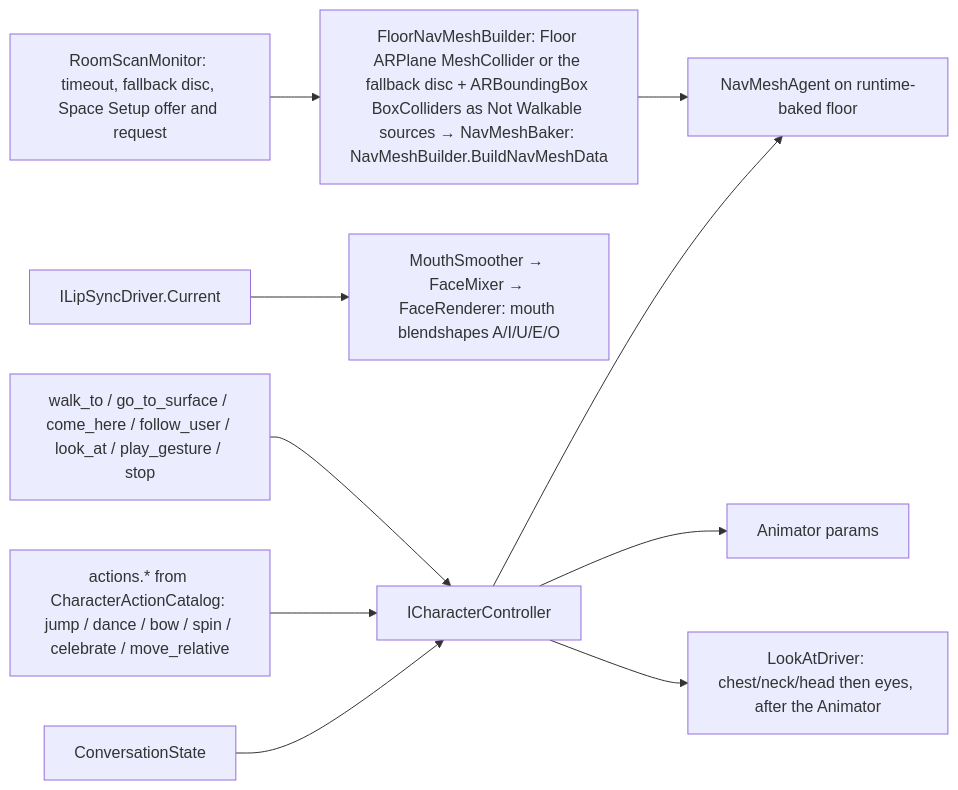
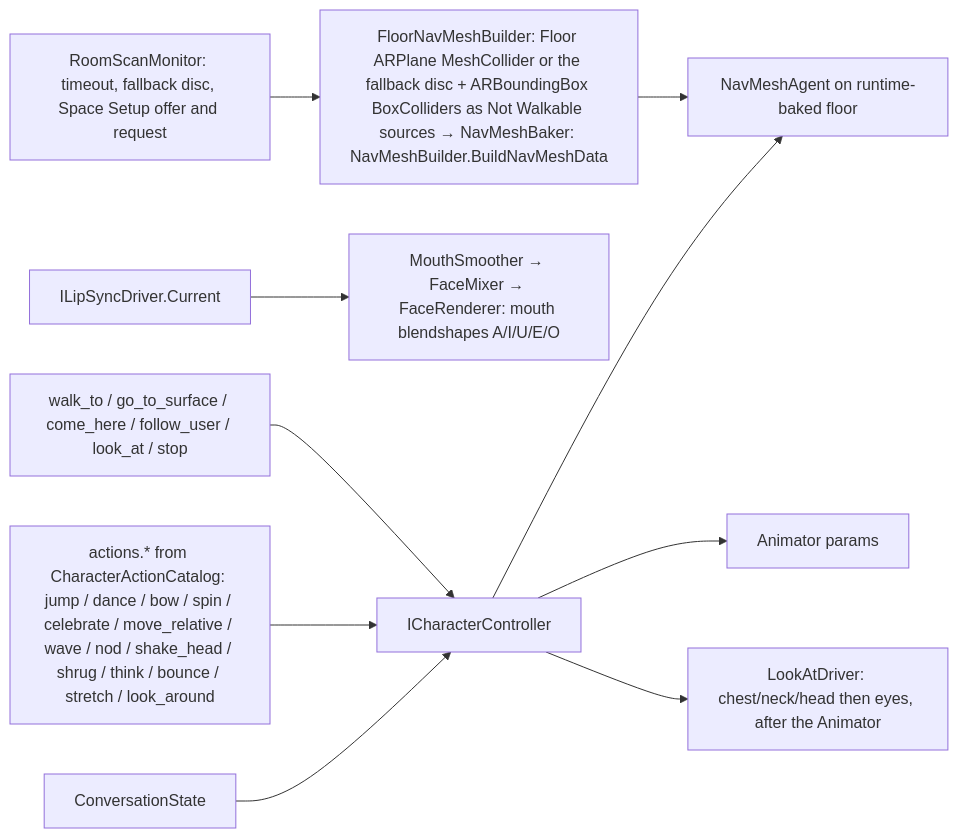
Before and after one commit to ImageekCompany/nubi-mixed-reality-ai-companion: the sixth of 7 diagrams in docs/architecture.md, drawn with Mermaid. The commit also changed other lines of this file and 7 other files, not shown here.

Commit message:
docs: ADR-0047/0048 review fixes, contracts, architecture and eval run

````diff
--- a/docs/architecture.md
+++ b/docs/architecture.md
@@ -283,12 +283,12 @@
 ```mermaid
 graph LR
-  Tools[walk_to / go_to_surface / come_here / follow_user / look_at / play_gesture / stop] --> CC[ICharacterController]
-  Actions[actions.* from CharacterActionCatalog: jump / dance / bow / spin / celebrate / move_relative] --> CC
+  Tools[walk_to / go_to_surface / come_here / follow_user / look_at / stop] --> CC[ICharacterController]
+  Actions[actions.* from CharacterActionCatalog: jump / dance / bow / spin / celebrate / move_relative / wave / nod / shake_head / shrug / think / bounce / stretch / look_around] --> CC
   Conv[ConversationState] --> CC
   Lip[ILipSyncDriver.Current] --> Mouth[MouthSmoother → FaceMixer → FaceRenderer: mouth blendshapes A/I/U/E/O]
   CC --> Agent[NavMeshAgent on runtime-baked floor]
   CC --> Anim[Animator params]
   CC --> Look[LookAtDriver: chest/neck/head then eyes, after the Animator]
   Floor[FloorNavMeshBuilder: Floor ARPlane MeshCollider or the fallback disc + ARBoundingBox BoxColliders as Not Walkable sources → NavMeshBaker: NavMeshBuilder.BuildNavMeshData] --> Agent
   Room[RoomScanMonitor: timeout, fallback disc, Space Setup offer and request] --> Floor
 ```
````
